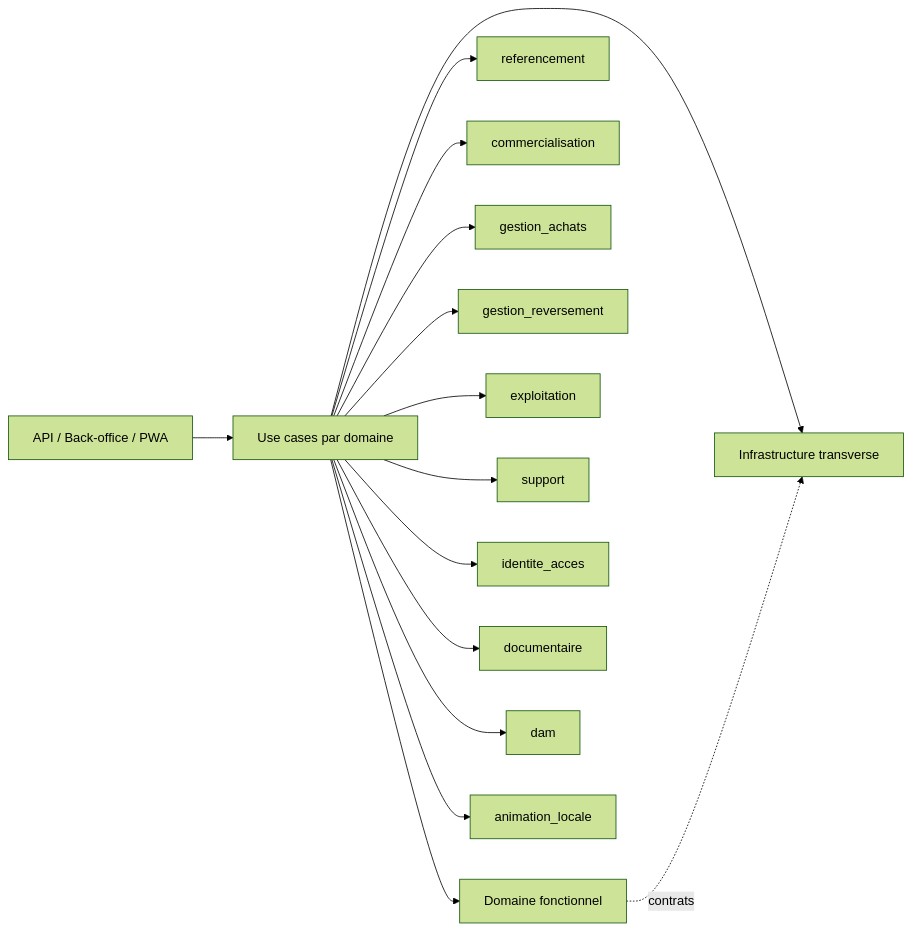
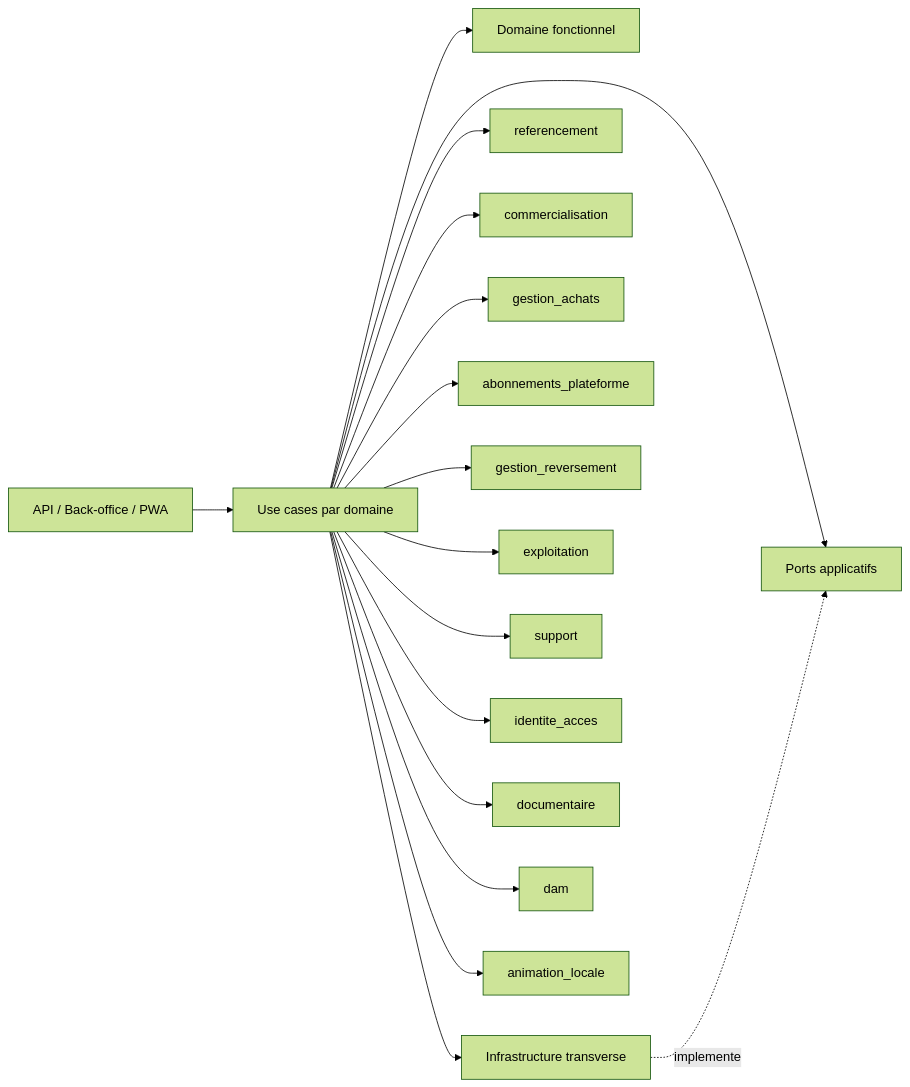
Before and after one commit to contactlocaleo/localeo-projet: the diagram in docs/architecture/transverse/domaines-fonctionnels.md, drawn with Mermaid (forest theme). The commit also changed other lines of this file and 20 other files, not shown here.

````diff
--- a/docs/architecture/transverse/domaines-fonctionnels.md
+++ b/docs/architecture/transverse/domaines-fonctionnels.md
@@ -36,18 +37,20 @@
 ```mermaid
 flowchart LR
     Front[API / Back-office / PWA] --> App[Use cases par domaine]
     App --> Dom[Domaine fonctionnel]
     App --> Infra[Infrastructure transverse]
-    Dom -. contrats .-> Infra
+    App --> Ports[Ports applicatifs]
+    Infra -. implemente .-> Ports
 
     App --> REF[referencement]
     App --> COM[commercialisation]
     App --> ACH[gestion_achats]
+    App --> ABO[abonnements_plateforme]
     App --> REV[gestion_reversement]
     App --> EXP[exploitation]
     App --> SUP[support]
     App --> ID[identite_acces]
     App --> DOC[documentaire]
     App --> DAM[dam]
     App --> ANI[animation_locale]
 ```
````
